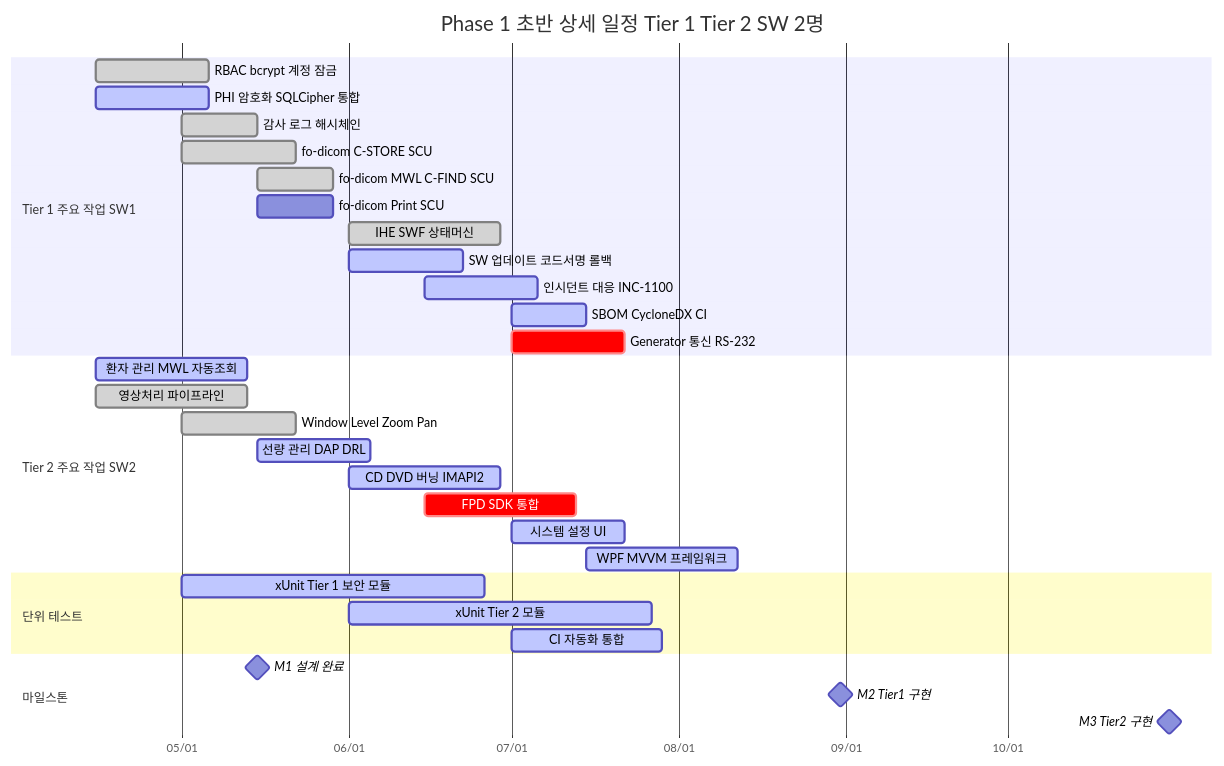
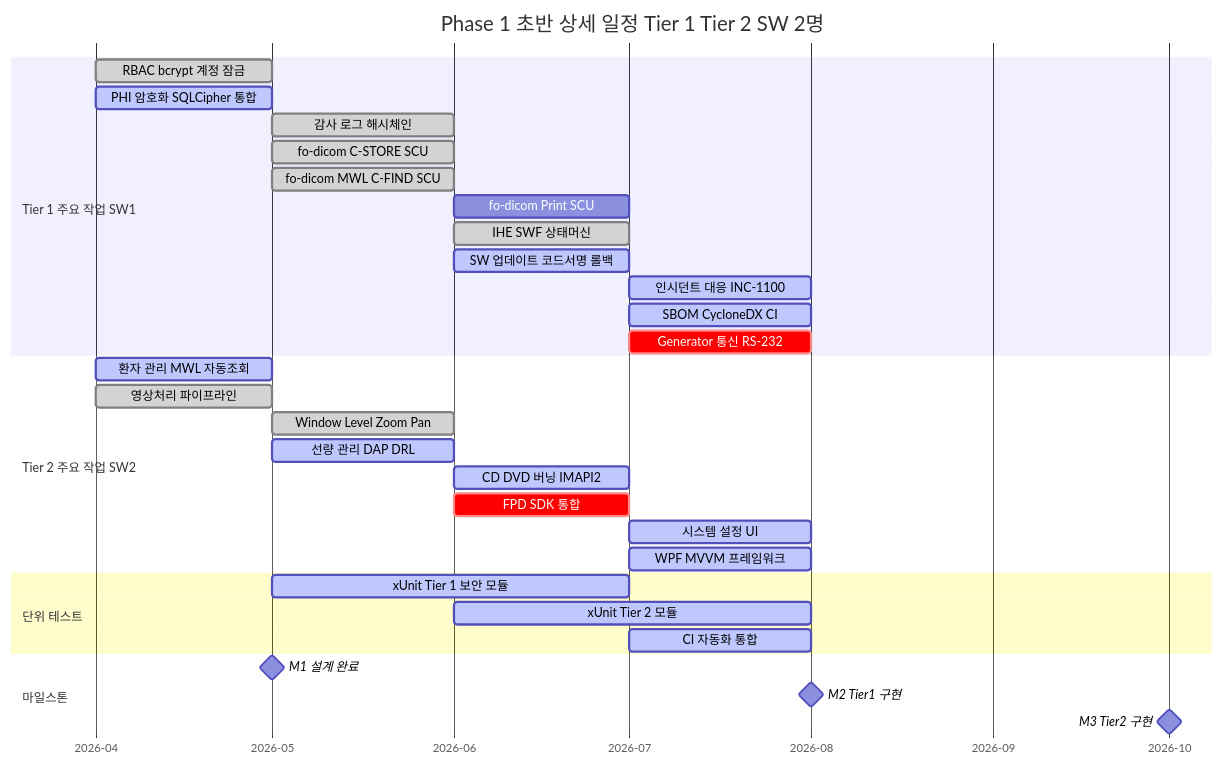
The fifth of 6 diagrams in docs/management/WBS-001_WBS_v2.0.md (holee9/console-gui), drawn with Mermaid before and after one commit. The commit also changed other lines of this file, not shown here.

First line of the commit message:
fix(wbs): 마인드맵 가시성 개선 + Gantt MM 기반 변경 + 마일스톤 정정

````diff
--- a/docs/management/WBS-001_WBS_v2.0.md
+++ b/docs/management/WBS-001_WBS_v2.0.md
@@ -306,39 +308,39 @@
 ```mermaid
 gantt
     title Phase 1 초반 상세 일정 Tier 1 Tier 2 SW 2명
-    dateFormat  YYYY-MM-DD
-    axisFormat  %m/%d
+    dateFormat  YYYY-MM
+    axisFormat  %Y-%m
 
     section Tier 1 주요 작업 SW1
-    RBAC bcrypt 계정 잠금     :done, t1a, 2026-04-15, 3w
-    PHI 암호화 SQLCipher 통합 :active, t1b, 2026-04-15, 3w
-    감사 로그 해시체인        :done, t1c, 2026-05-01, 2w
-    fo-dicom C-STORE SCU      :done, t1d, 2026-05-01, 3w
-    fo-dicom MWL C-FIND SCU   :done, t1e, 2026-05-15, 2w
-    fo-dicom Print SCU        :t1f, 2026-05-15, 2w
-    IHE SWF 상태머신          :done, t1g, 2026-06-01, 4w
-    SW 업데이트 코드서명 롤백 :active, t1h, 2026-06-01, 3w
-    인시던트 대응 INC-1100    :active, t1i, 2026-06-15, 3w
-    SBOM CycloneDX CI         :active, t1j, 2026-07-01, 2w
-    Generator 통신 RS-232     :crit, t1k, 2026-07-01, 3w
+    RBAC bcrypt 계정 잠금     :done, t1a, 2026-04, 1M
+    PHI 암호화 SQLCipher 통합 :active, t1b, 2026-04, 1M
+    감사 로그 해시체인        :done, t1c, 2026-05, 1M
+    fo-dicom C-STORE SCU      :done, t1d, 2026-05, 1M
+    fo-dicom MWL C-FIND SCU   :done, t1e, 2026-05, 1M
+    fo-dicom Print SCU        :t1f, 2026-06, 1M
+    IHE SWF 상태머신          :done, t1g, 2026-06, 1M
+    SW 업데이트 코드서명 롤백 :active, t1h, 2026-06, 1M
+    인시던트 대응 INC-1100    :active, t1i, 2026-07, 1M
+    SBOM CycloneDX CI         :active, t1j, 2026-07, 1M
+    Generator 통신 RS-232     :crit, t1k, 2026-07, 1M
 
     section Tier 2 주요 작업 SW2
-    환자 관리 MWL 자동조회    :active, t2a, 2026-04-15, 4w
-    영상처리 파이프라인       :done, t2b, 2026-04-15, 4w
-    Window Level Zoom Pan     :done, t2c, 2026-05-01, 3w
-    선량 관리 DAP DRL         :active, t2d, 2026-05-15, 3w
-    CD DVD 버닝 IMAPI2        :active, t2e, 2026-06-01, 4w
-    FPD SDK 통합              :crit, t2f, 2026-06-15, 4w
-    시스템 설정 UI            :active, t2g, 2026-07-01, 3w
-    WPF MVVM 프레임워크       :active, t2h, 2026-07-15, 4w
+    환자 관리 MWL 자동조회    :active, t2a, 2026-04, 1M
+    영상처리 파이프라인       :done, t2b, 2026-04, 1M
+    Window Level Zoom Pan     :done, t2c, 2026-05, 1M
+    선량 관리 DAP DRL         :active, t2d, 2026-05, 1M
+    CD DVD 버닝 IMAPI2        :active, t2e, 2026-06, 1M
+    FPD SDK 통합              :crit, t2f, 2026-06, 1M
+    시스템 설정 UI            :active, t2g, 2026-07, 1M
+    WPF MVVM 프레임워크       :active, t2h, 2026-07, 1M
 
     section 단위 테스트
-    xUnit Tier 1 보안 모듈    :active, ut1, 2026-05-01, 8w
-    xUnit Tier 2 모듈         :active, ut2, 2026-06-01, 8w
-    CI 자동화 통합            :active, ut3, 2026-07-01, 4w
+    xUnit Tier 1 보안 모듈    :active, ut1, 2026-05, 2M
+    xUnit Tier 2 모듈         :active, ut2, 2026-06, 2M
+    CI 자동화 통합            :active, ut3, 2026-07, 1M
 
     section 마일스톤
-    M1 설계 완료              :milestone, m1, 2026-05-15, 0d
-    M2 Tier1 구현             :milestone, m2, 2026-08-31, 0d
-    M3 Tier2 구현             :milestone, m3, 2026-10-31, 0d
+    M1 설계 완료              :milestone, m1, 2026-05, 0d
+    M2 Tier1 구현             :milestone, m2, 2026-08, 0d
+    M3 Tier2 구현             :milestone, m3, 2026-10, 0d
 ```
````
